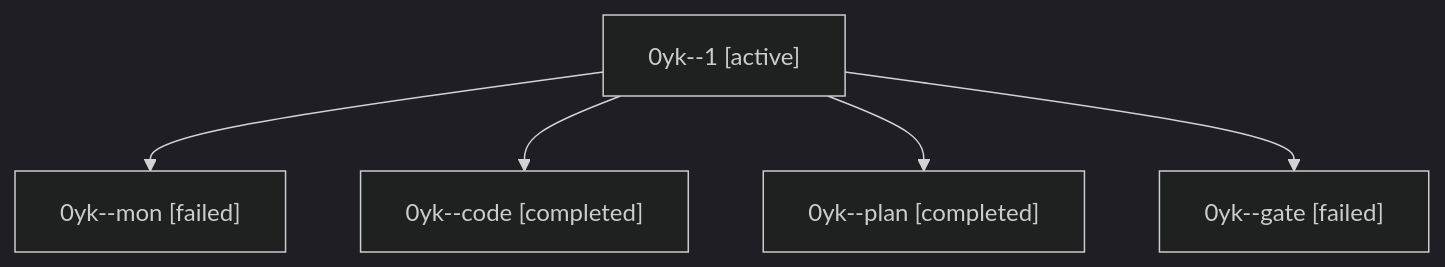
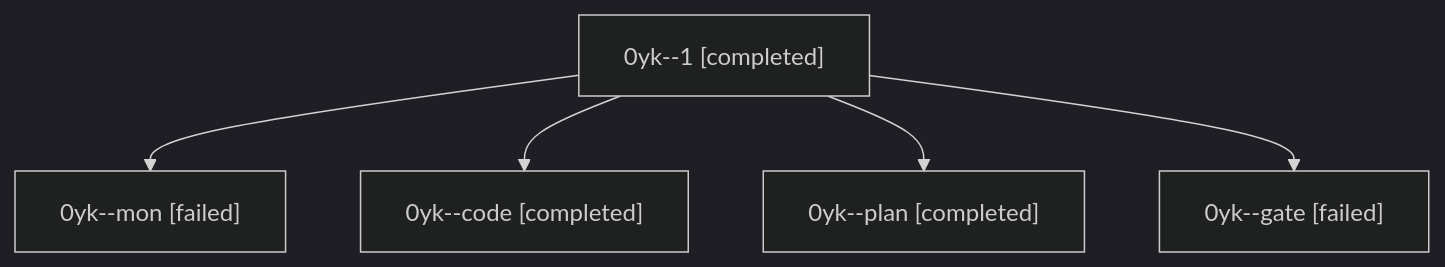
One commit to bobs-org/bob-cli--agents changed the diagram in sessions/bbugyi200.athena.0yk.md. Above: the diagram before and after it, drawn with Mermaid (dark theme). The commit also changed other lines of this file and 25 other files, not shown here.

````diff
--- a/sessions/bbugyi200.athena.0yk.md
+++ b/sessions/bbugyi200.athena.0yk.md
@@ -9,12 +9,12 @@
 ```mermaid
 flowchart TD
-  n0["0yk--1 [active]"]
+  n0["0yk--1 [completed]"]
   n1["0yk--mon [failed]"]
   n0 --> n1
   n2["0yk--code [completed]"]
   n0 --> n2
   n3["0yk--plan [completed]"]
   n0 --> n3
   n4["0yk--gate [failed]"]
   n0 --> n4
 ```
````
